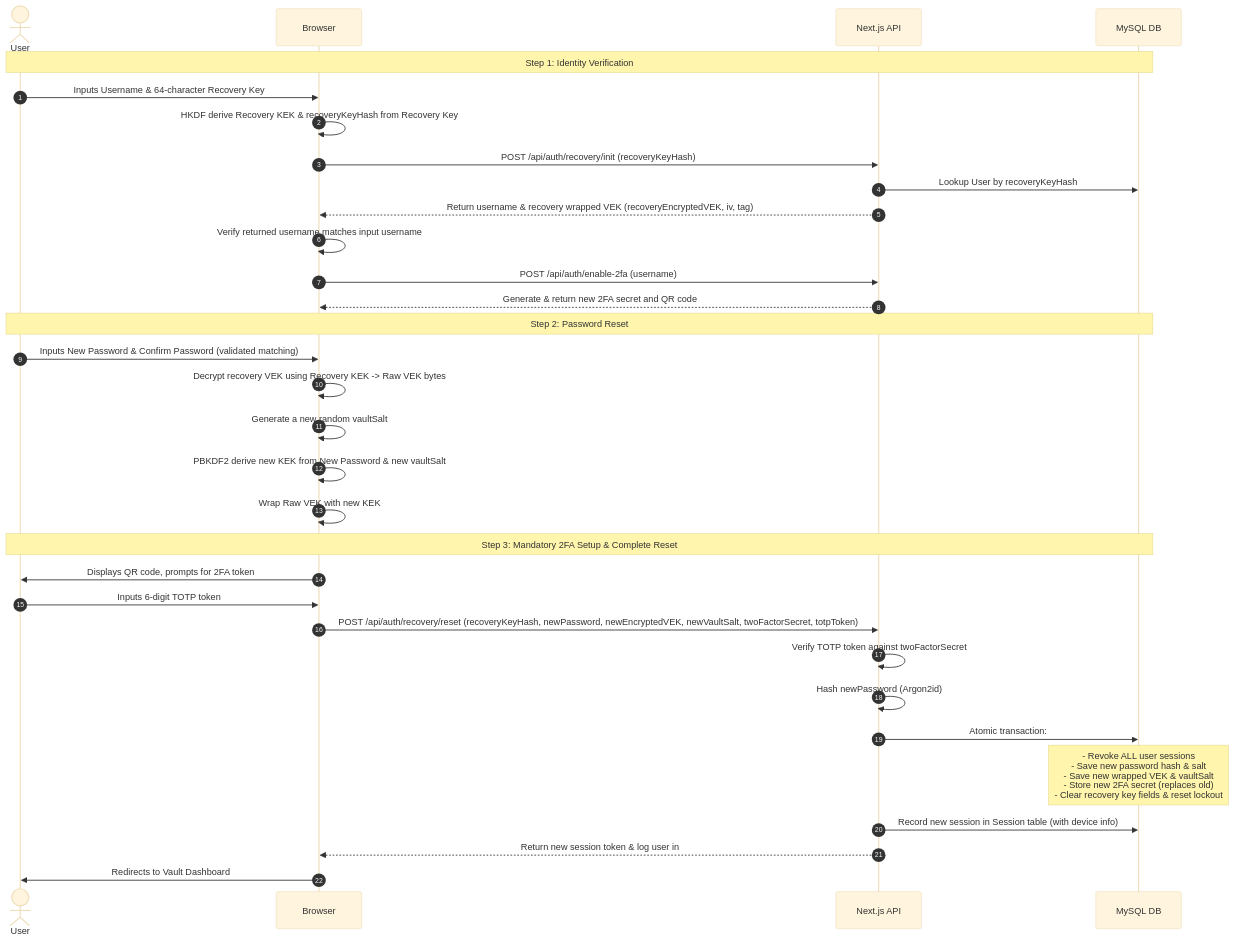
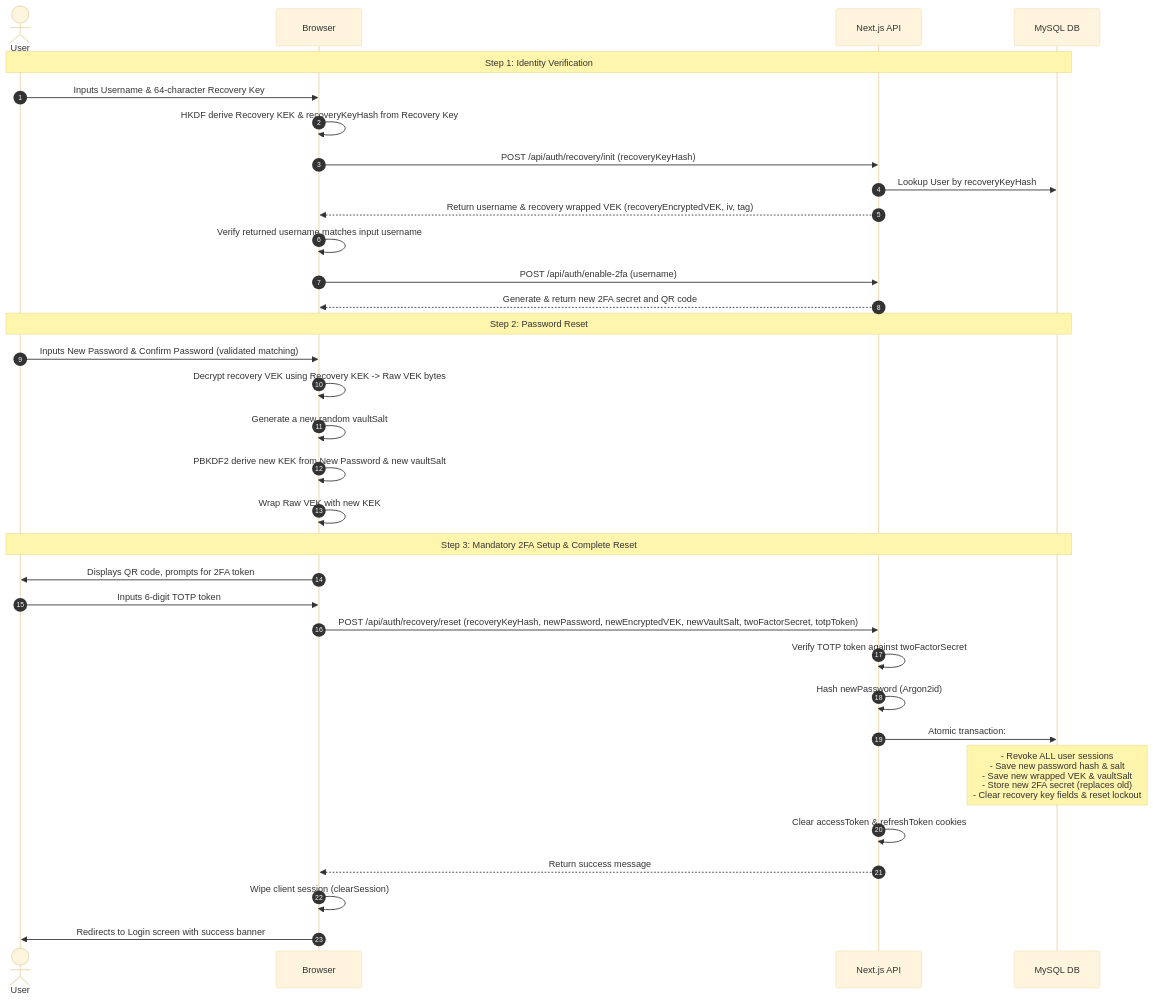
Before and after one commit to Ad1tya244/ZK-Password-Manager: the fourth of 4 diagrams in ZK password manager.md, drawn with Mermaid (base theme). The commit also changed other lines of this file and 10 other files, not shown here.

Commit message:
Enhanced password and 2FA reset flow

````diff
--- a/ZK password manager.md
+++ b/ZK password manager.md
@@ -228,37 +228,38 @@
 ```mermaid
 sequenceDiagram
     autonumber
     actor User
     participant Browser
     participant API as Next.js API
     participant DB as MySQL DB
 
     Note over User, DB: Step 1: Identity Verification
     User->>Browser: Inputs Username & 64-character Recovery Key
     Browser->>Browser: HKDF derive Recovery KEK & recoveryKeyHash from Recovery Key
     Browser->>API: POST /api/auth/recovery/init (recoveryKeyHash)
     API->>DB: Lookup User by recoveryKeyHash
     API-->>Browser: Return username & recovery wrapped VEK (recoveryEncryptedVEK, iv, tag)
     Browser->>Browser: Verify returned username matches input username
     Browser->>API: POST /api/auth/enable-2fa (username)
     API-->>Browser: Generate & return new 2FA secret and QR code
 
     Note over User, DB: Step 2: Password Reset
     User->>Browser: Inputs New Password & Confirm Password (validated matching)
     Browser->>Browser: Decrypt recovery VEK using Recovery KEK -> Raw VEK bytes
     Browser->>Browser: Generate a new random vaultSalt
     Browser->>Browser: PBKDF2 derive new KEK from New Password & new vaultSalt
     Browser->>Browser: Wrap Raw VEK with new KEK
 
     Note over User, DB: Step 3: Mandatory 2FA Setup & Complete Reset
     Browser->>User: Displays QR code, prompts for 2FA token
     User->>Browser: Inputs 6-digit TOTP token
     Browser->>API: POST /api/auth/recovery/reset (recoveryKeyHash, newPassword, newEncryptedVEK, newVaultSalt, twoFactorSecret, totpToken)
     API->>API: Verify TOTP token against twoFactorSecret
     API->>API: Hash newPassword (Argon2id)
     API->>DB: Atomic transaction:
     Note over DB: - Revoke ALL user sessions<br/>- Save new password hash & salt<br/>- Save new wrapped VEK & vaultSalt<br/>- Store new 2FA secret (replaces old)<br/>- Clear recovery key fields & reset lockout
-    API->>DB: Record new session in Session table (with device info)
-    API-->>Browser: Return new session token & log user in
-    Browser->>User: Redirects to Vault Dashboard
+    API->>API: Clear accessToken & refreshToken cookies
+    API-->>Browser: Return success message
+    Browser->>Browser: Wipe client session (clearSession)
+    Browser->>User: Redirects to Login screen with success banner
 ```
````
